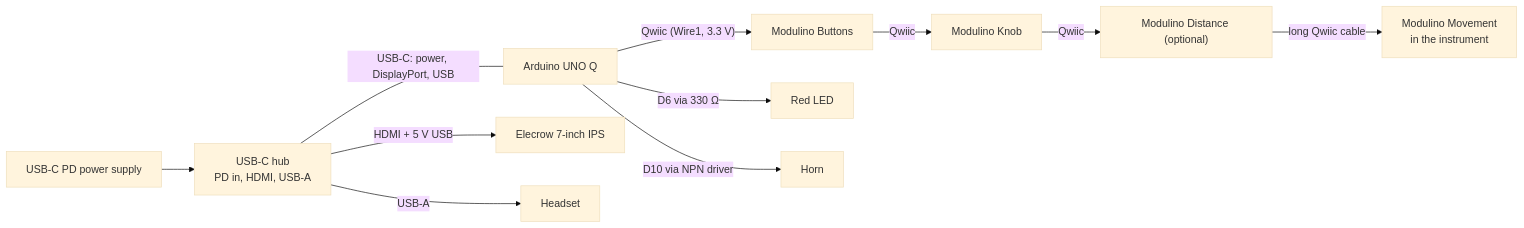
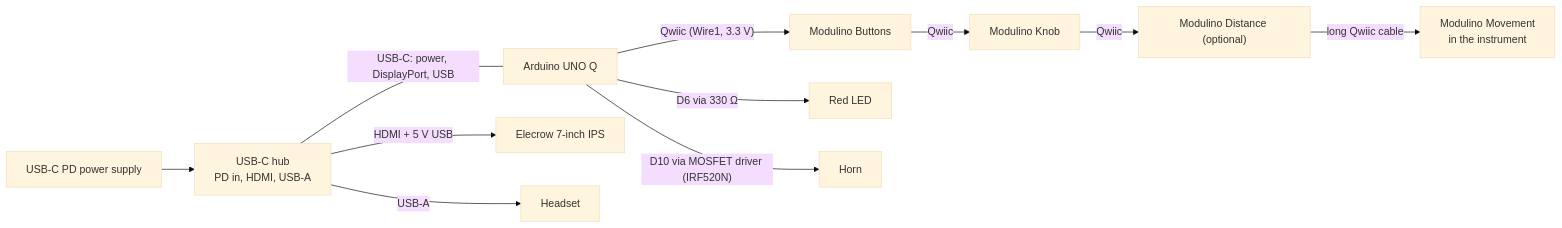
The first of 2 diagrams in README.md (JustCodeX/steadyHands), drawn with Mermaid (base theme) before and after one commit. The commit also changed other lines of this file, not shown here.

First line of the commit message:
Docs: add horn breadboard map to the README

````diff
--- a/README.md
+++ b/README.md
@@ -27,13 +27,13 @@
 ```mermaid
 flowchart LR
   PSU["USB-C PD power supply"] --> HUB["USB-C hub<br/>PD in, HDMI, USB-A"]
   HUB -- "USB-C: power, DisplayPort, USB" --- Q["Arduino UNO Q"]
   HUB -- "HDMI + 5 V USB" --> DISP["Elecrow 7-inch IPS"]
   HUB -- "USB-A" --> HS["Headset"]
   Q -- "Qwiic (Wire1, 3.3 V)" --> B["Modulino Buttons"]
   B -- "Qwiic" --> K["Modulino Knob"]
   K -- "Qwiic" --> DI["Modulino Distance (optional)"]
   DI -- "long Qwiic cable" --> M["Modulino Movement<br/>in the instrument"]
   Q -- "D6 via 330 Ω" --> LED["Red LED"]
-  Q -- "D10 via NPN driver" --> HORN["Horn"]
+  Q -- "D10 via MOSFET driver (IRF520N)" --> HORN["Horn"]
 ```
````
